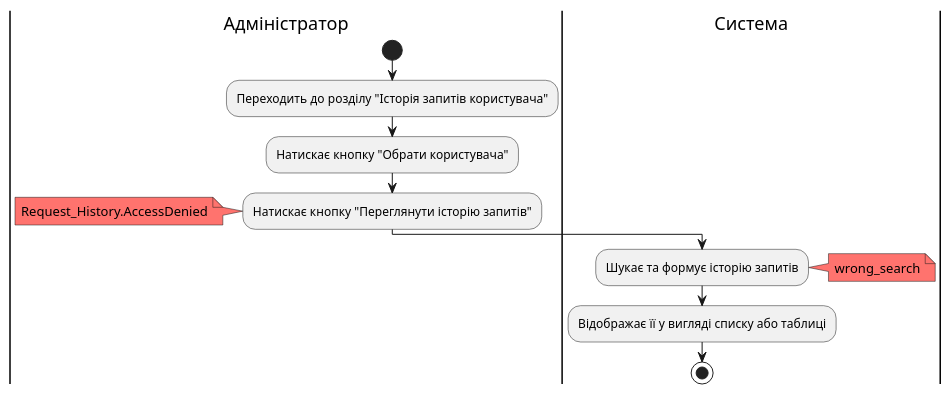
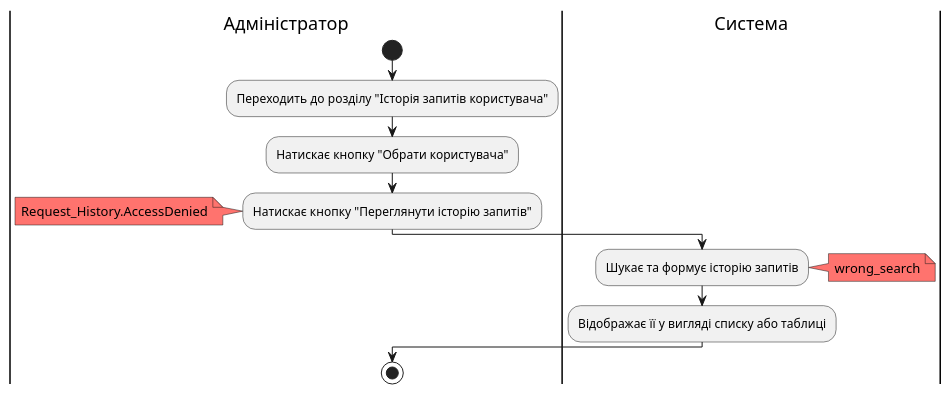
Before and after one commit to nonGratis/retarder-io-23-3-26: diagram 14 of 18 in docs/use cases/README.md, drawn with PlantUML.

Commit message:
correct Administrator.Request_History UML

```diff
--- a/docs/use cases/README.md
+++ b/docs/use cases/README.md
@@ -452,17 +452,18 @@
 @startuml
 |Адміністратор| 
     start
     :Переходить до розділу "Історія запитів користувача";
     :Натискає кнопку "Обрати користувача";
     :Натискає кнопку "Переглянути історію запитів";
         note left #FF736E
             Request_History.AccessDenied
         end note
 |Система|
     :Шукає та формує історію запитів;
         note right #FF736E
             wrong_search
         end note
     :Відображає її у вигляді списку або таблиці;
+|Адміністратор|
     stop
 @enduml
```
